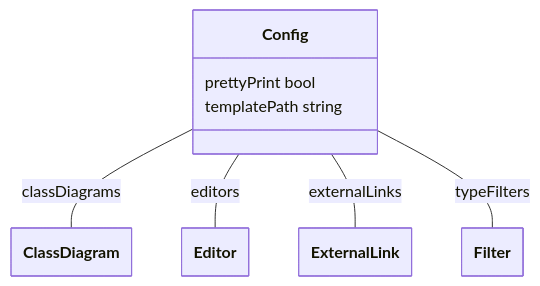
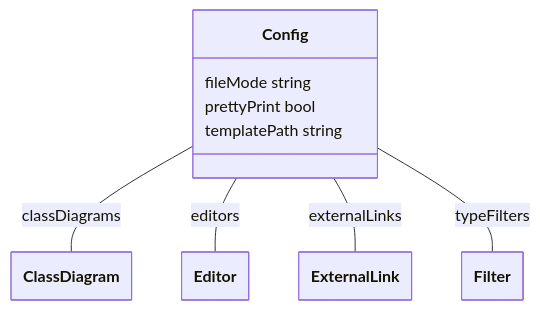
Before and after one commit to theunrepentantgeek/crddoc: the second of 5 diagrams in docs/config/config.md, drawn with Mermaid. The commit also changed other lines of this file and 7 other files, not shown here.

````diff
--- a/docs/config/config.md
+++ b/docs/config/config.md
@@ -46,27 +46,28 @@
 ```mermaid
 ---
   config:
     class:
       hideEmptyMembersBox: true
 ---
 classDiagram
 
 class Config["Config"]{  
+      fileMode string  
       prettyPrint bool  
       templatePath string
 
 
 } 
 
 
 Config -- ClassDiagram : classDiagrams 
 Config -- Editor : editors 
 Config -- ExternalLink : externalLinks 
 Config -- Filter : typeFilters 
 
 class ClassDiagram["ClassDiagram"]
 class Editor["Editor"]
 class ExternalLink["ExternalLink"]
 class Filter["Filter"]
 
 ```
````
